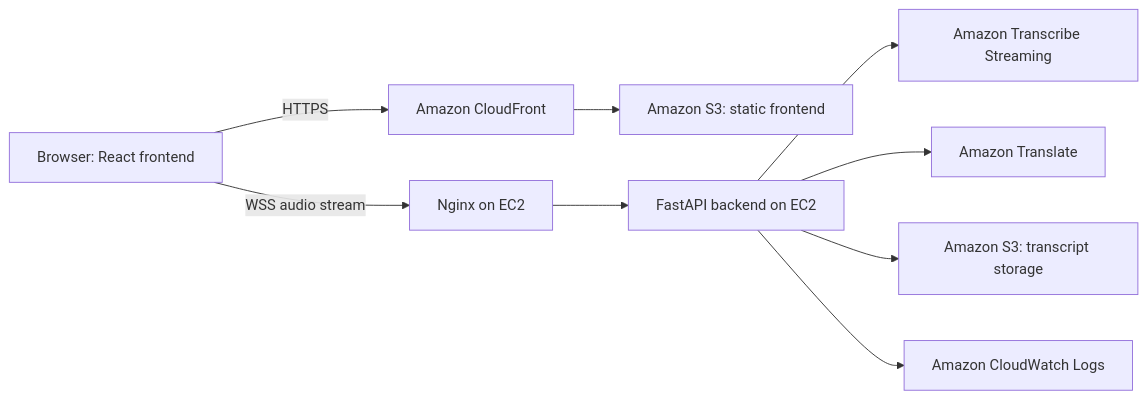
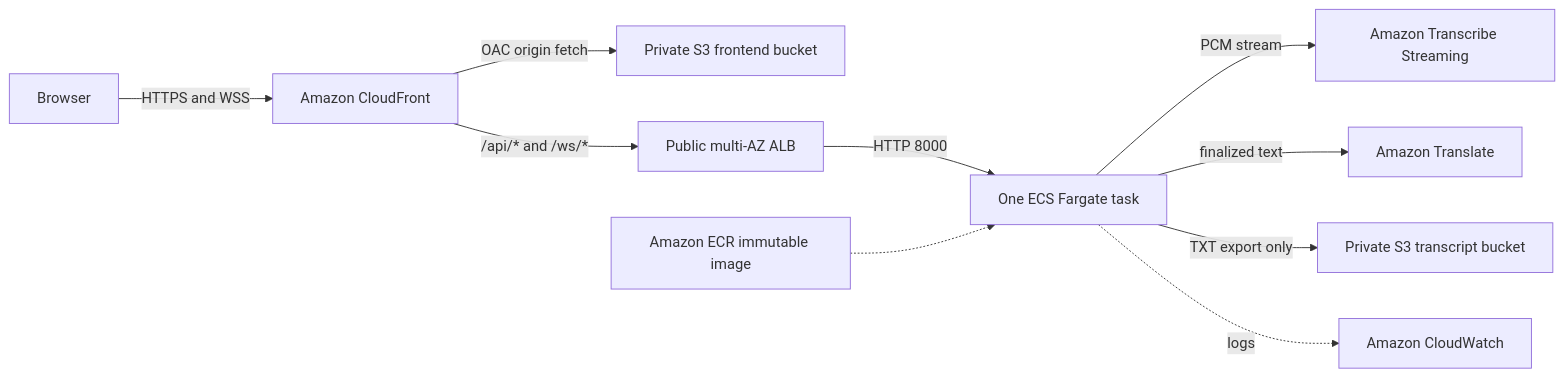
Before and after one commit to 9ducanh9/fcj-workshop-template: the diagram in content/5-Workshop/5.1-Workshop-overview/_index.md, drawn with Mermaid. The commit also changed other lines of this file and 25 other files, not shown here.

````diff
--- a/content/5-Workshop/5.1-Workshop-overview/_index.md
+++ b/content/5-Workshop/5.1-Workshop-overview/_index.md
@@ -29,11 +29,12 @@
 ```mermaid
 flowchart LR
-  Browser["Browser: React frontend"] -->|HTTPS| CloudFront["Amazon CloudFront"]
-  CloudFront --> S3Frontend["Amazon S3: static frontend"]
-  Browser -->|WSS audio stream| Nginx["Nginx on EC2"]
-  Nginx --> FastAPI["FastAPI backend on EC2"]
-  FastAPI --> Transcribe["Amazon Transcribe Streaming"]
-  FastAPI --> Translate["Amazon Translate"]
-  FastAPI --> S3Transcripts["Amazon S3: transcript storage"]
-  FastAPI --> CloudWatch["Amazon CloudWatch Logs"]
+  Browser["Browser"] -->|HTTPS and WSS| CF["Amazon CloudFront"]
+  CF -->|OAC origin fetch| Frontend["Private S3 frontend bucket"]
+  CF -->|/api/* and /ws/*| ALB["Public multi-AZ ALB"]
+  ALB -->|HTTP 8000| Task["One ECS Fargate task"]
+  ECR["Amazon ECR immutable image"] -.-> Task
+  Task -->|PCM stream| Transcribe["Amazon Transcribe Streaming"]
+  Task -->|finalized text| Translate["Amazon Translate"]
+  Task -->|TXT export only| Transcript["Private S3 transcript bucket"]
+  Task -.->|logs| CW["Amazon CloudWatch"]
 ```
````
